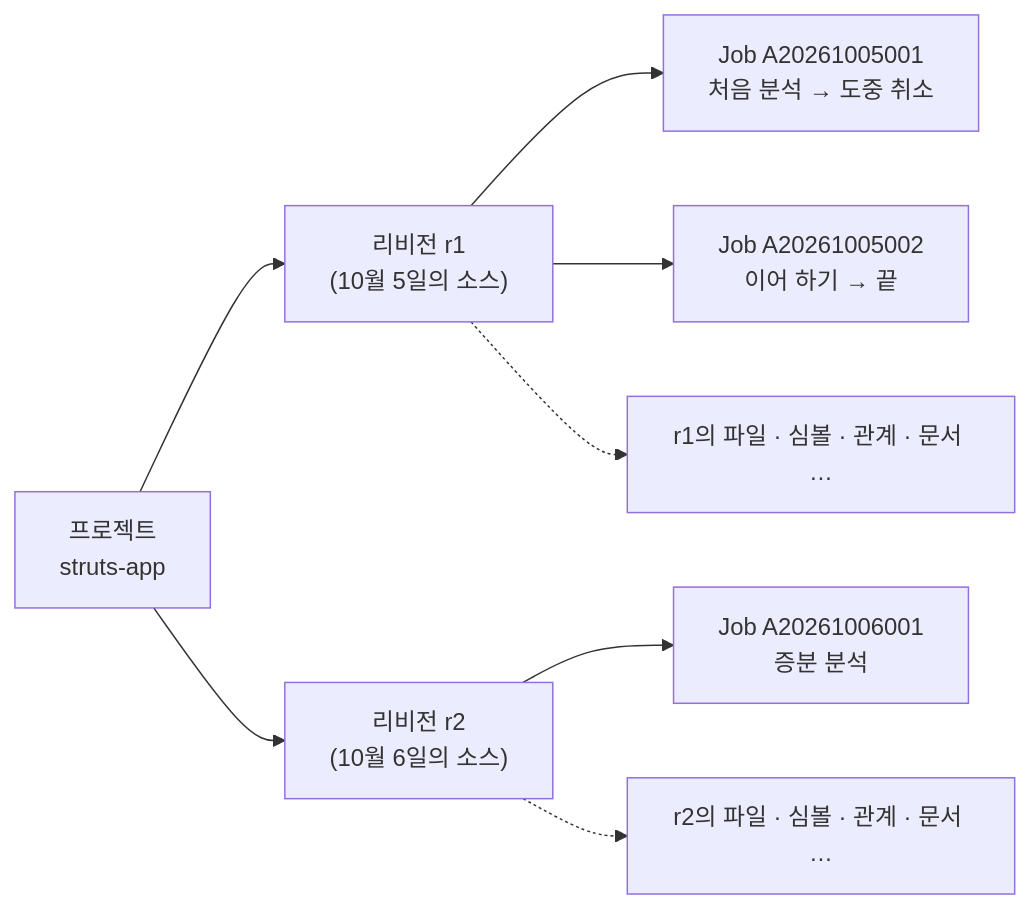
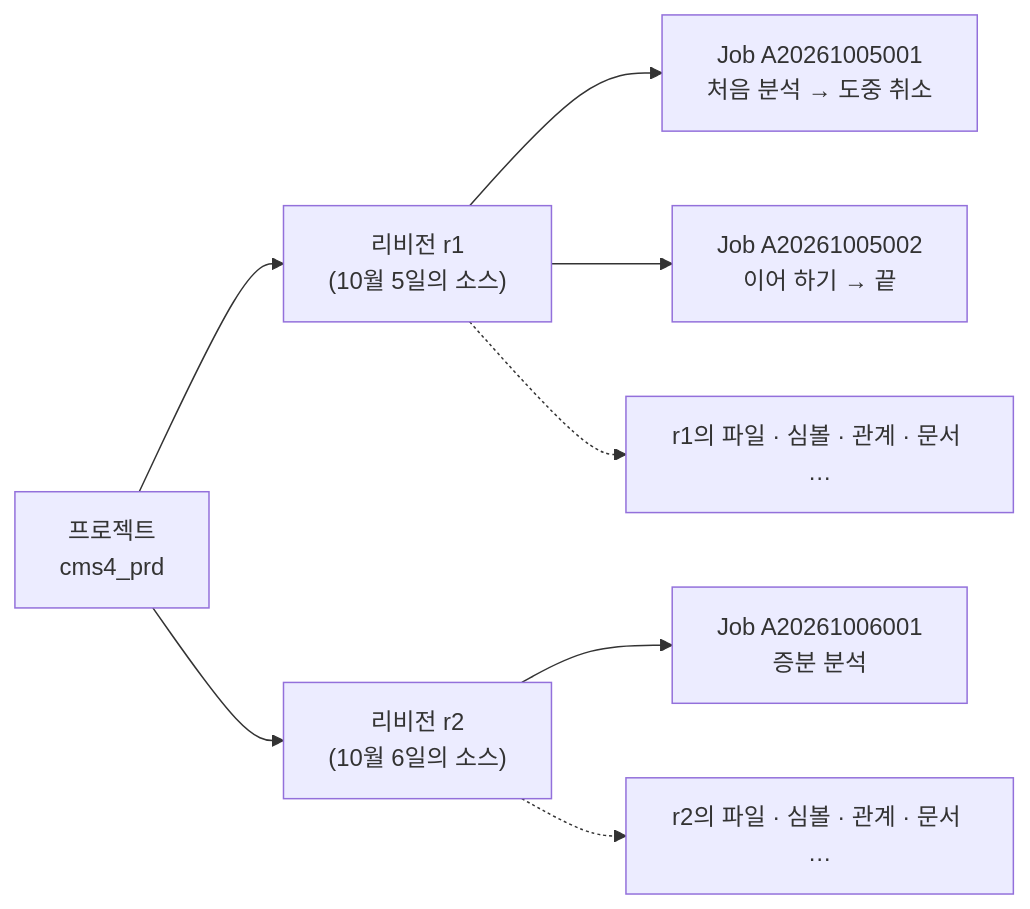
One commit to YongSoekChoeng/dstone changed the second of 15 diagrams in docs/11.dstone-knowledge.md. Above: the diagram before and after it, drawn with Mermaid. The commit also changed other lines of this file, not shown here.

First line of the commit message:
docs(knowledge): 0절 예제를 struts-app 에서 cms4_prd 로 바꿈

````diff
--- a/docs/11.dstone-knowledge.md
+++ b/docs/11.dstone-knowledge.md
@@ -95,10 +95,10 @@
 ```mermaid
 flowchart LR
-    P["프로젝트<br/>struts-app"] --> R1["리비전 r1<br/>(10월 5일의 소스)"]
+    P["프로젝트<br/>cms4_prd"] --> R1["리비전 r1<br/>(10월 5일의 소스)"]
     P --> R2["리비전 r2<br/>(10월 6일의 소스)"]
     R1 --> J1["Job A20261005001<br/>처음 분석 → 도중 취소"]
     R1 --> J2["Job A20261005002<br/>이어 하기 → 끝"]
     R2 --> J3["Job A20261006001<br/>증분 분석"]
     R1 -.-> D1["r1의 파일 · 심볼 · 관계 · 문서 …"]
     R2 -.-> D2["r2의 파일 · 심볼 · 관계 · 문서 …"]
 ```
````
